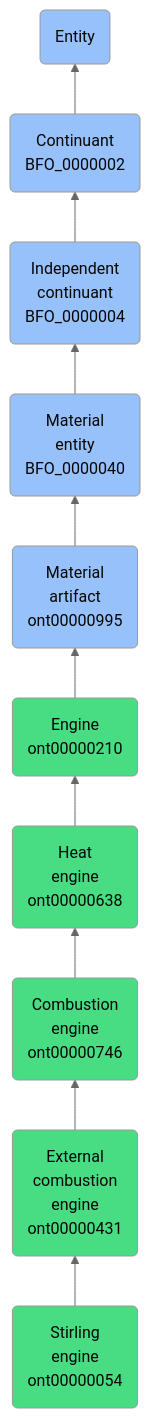
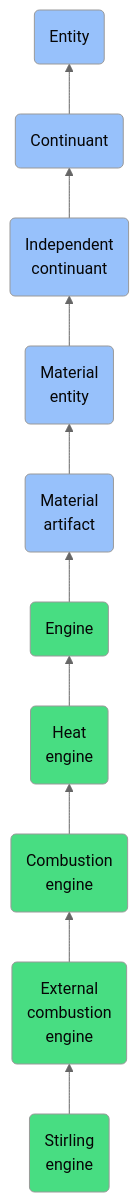
Before and after one commit to jupyter-naas/abi: the diagram in docs/ontology/reference/model/Entity/Continuant/Independent continuant/Material entity/Material artifact/Engine/Heat engine/Combustion engine/External combustion engine/Stirling engine/Stirling engine.md, drawn with Mermaid (neutral theme). The commit also changed other lines of this file and 1430 other files, not shown here.

````diff
--- a/docs/ontology/reference/model/Entity/Continuant/Independent continuant/Material entity/Material artifact/Engine/Heat engine/Combustion engine/External combustion engine/Stirling engine/Stirling engine.md
+++ b/docs/ontology/reference/model/Entity/Continuant/Independent continuant/Material entity/Material artifact/Engine/Heat engine/Combustion engine/External combustion engine/Stirling engine/Stirling engine.md
@@ -24,17 +24,17 @@
 ```mermaid
 graph BT
-    ont00000054(Stirling<br>engine<br>ont00000054):::ABI-->ont00000431
-    ont00000431(External<br>combustion<br>engine<br>ont00000431):::ABI-->ont00000746
-    ont00000746(Combustion<br>engine<br>ont00000746):::ABI-->ont00000638
-    ont00000638(Heat<br>engine<br>ont00000638):::ABI-->ont00000210
-    ont00000210(Engine<br>ont00000210):::ABI-->ont00000995
-    ont00000995(Material<br>artifact<br>ont00000995):::BFO-->BFO_0000040
-    BFO_0000040(Material<br>entity<br>BFO_0000040):::BFO-->BFO_0000004
-    BFO_0000004(Independent<br>continuant<br>BFO_0000004):::BFO-->BFO_0000002
-    BFO_0000002(Continuant<br>BFO_0000002):::BFO-->BFO_0000001
+    ont00000054(Stirling<br>engine):::ABI-->ont00000431
+    ont00000431(External<br>combustion<br>engine):::ABI-->ont00000746
+    ont00000746(Combustion<br>engine):::ABI-->ont00000638
+    ont00000638(Heat<br>engine):::ABI-->ont00000210
+    ont00000210(Engine):::ABI-->ont00000995
+    ont00000995(Material<br>artifact):::BFO-->BFO_0000040
+    BFO_0000040(Material<br>entity):::BFO-->BFO_0000004
+    BFO_0000004(Independent<br>continuant):::BFO-->BFO_0000002
+    BFO_0000002(Continuant):::BFO-->BFO_0000001
     BFO_0000001(Entity):::BFO
     
     classDef BFO fill:#97c1fb,color:#060606
     classDef CCO fill:#e4c51e,color:#060606
     classDef ABI fill:#48DD82,color:#060606
 ```
````
